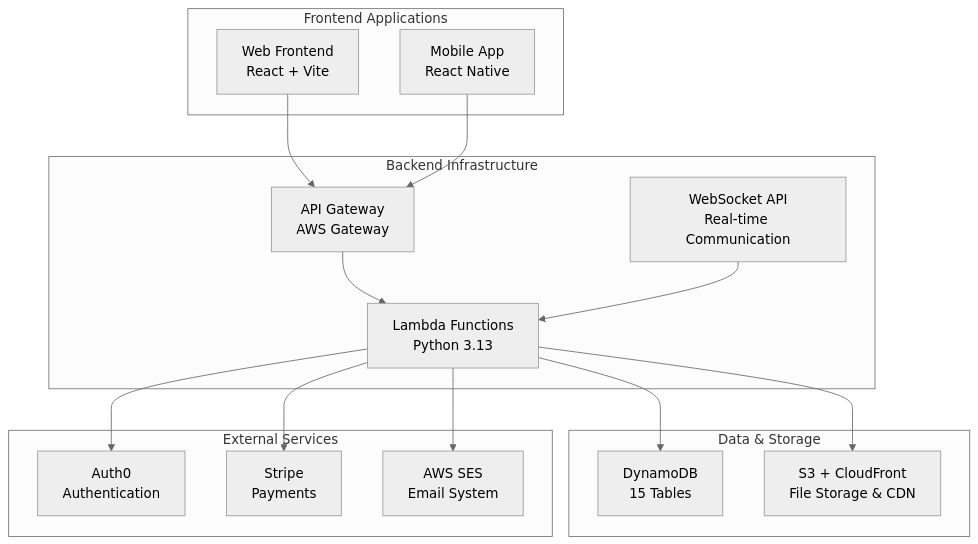
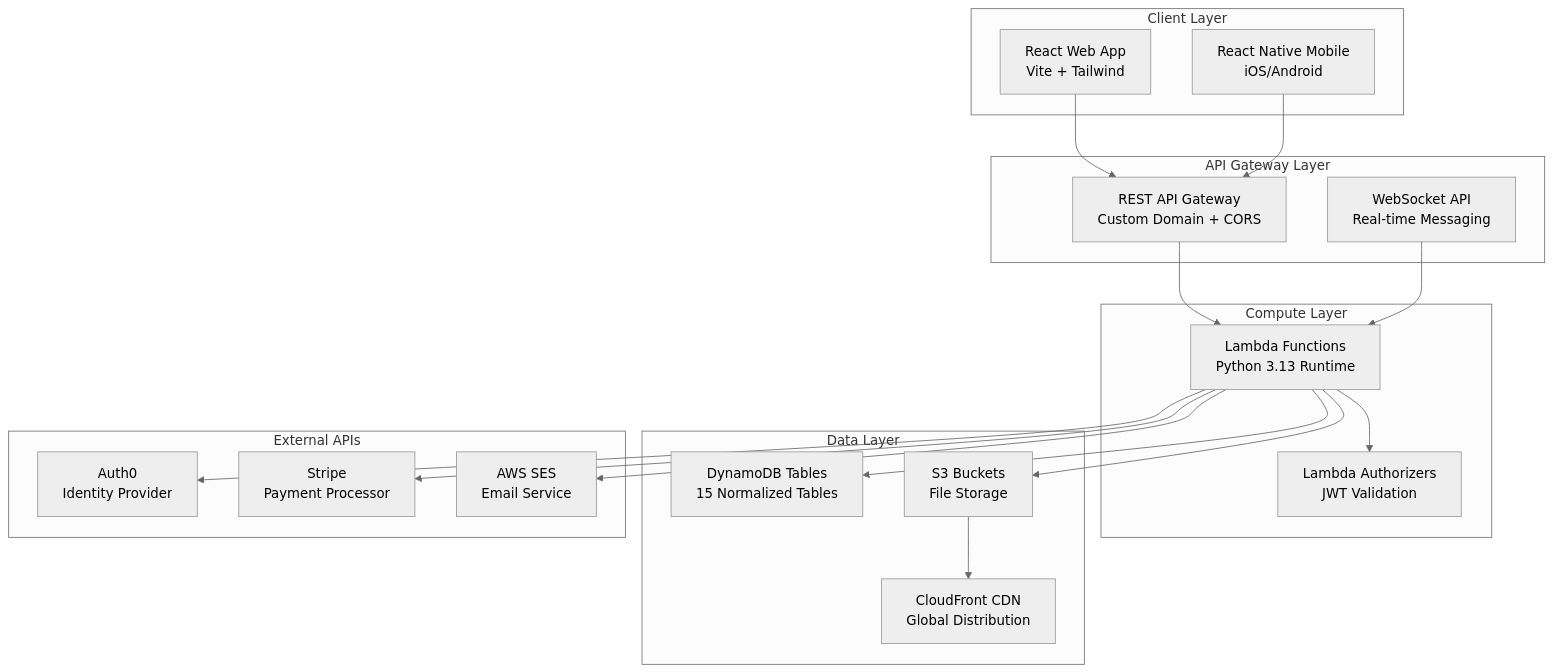
Before and after one commit to Auto-Lab-Solutions/.github: the diagram in profile/README.md, drawn with Mermaid (neutral theme). The commit also changed other lines of this file, not shown here.

````diff
--- a/profile/README.md
+++ b/profile/README.md
@@ -45,34 +42,41 @@
 ```mermaid
 graph TB
-    subgraph "Frontend Applications"
-        A[Web Frontend<br/>React + Vite]
-        B[Mobile App<br/>React Native]
+    subgraph "Client Layer"
+        A[React Web App<br/>Vite + Tailwind]
+        B[React Native Mobile<br/>iOS/Android]
     end
     
-    subgraph "Backend Infrastructure"
-        C[API Gateway<br/>AWS Gateway]
-        D[Lambda Functions<br/>Python 3.13]
-        E[WebSocket API<br/>Real-time Communication]
+    subgraph "API Gateway Layer"
+        C[REST API Gateway<br/>Custom Domain + CORS]
+        D[WebSocket API<br/>Real-time Messaging]
     end
     
-    subgraph "Data & Storage"
-        F[DynamoDB<br/>15 Tables]
-        G[S3 + CloudFront<br/>File Storage & CDN]
+    subgraph "Compute Layer"
+        E[Lambda Functions<br/>Python 3.13 Runtime]
+        F[Lambda Authorizers<br/>JWT Validation]
     end
     
-    subgraph "External Services"
-        H[Auth0<br/>Authentication]
-        I[Stripe<br/>Payments]
-        J[AWS SES<br/>Email System]
+    subgraph "Data Layer"
+        G[DynamoDB Tables<br/>15 Normalized Tables]
+        H[S3 Buckets<br/>File Storage]
+        I[CloudFront CDN<br/>Global Distribution]
+    end
+    
+    subgraph "External APIs"
+        J[Auth0<br/>Identity Provider]
+        K[Stripe<br/>Payment Processor]
+        L[AWS SES<br/>Email Service]
     end
     
     A --> C
     B --> C
-    C --> D
-    D --> F
-    D --> G
-    D --> H
-    D --> I
-    D --> J
-    E --> D
+    C --> E
+    D --> E
+    E --> F
+    E --> G
+    E --> H
+    H --> I
+    E --> J
+    E --> K
+    E --> L
 ```
````
